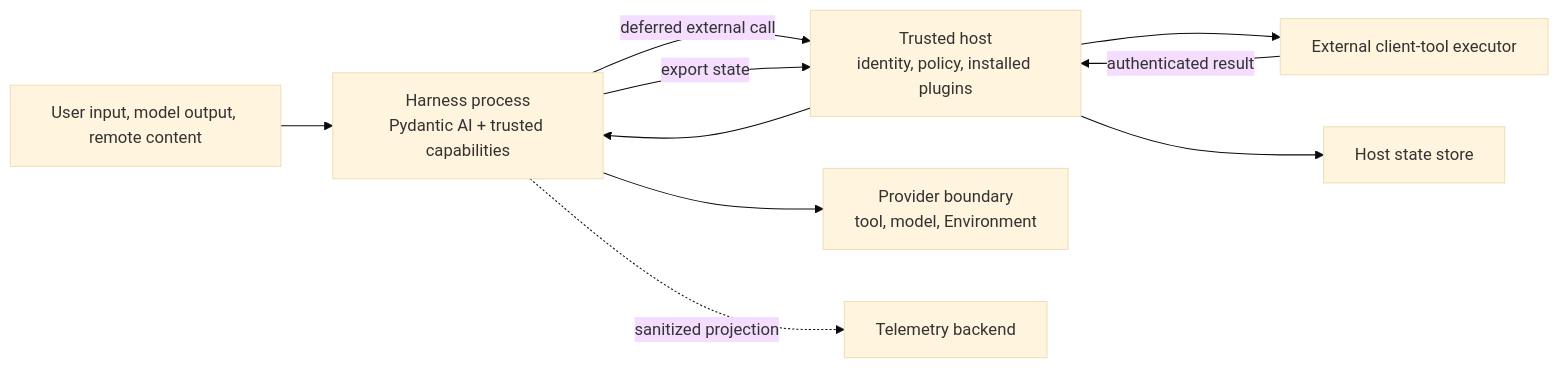
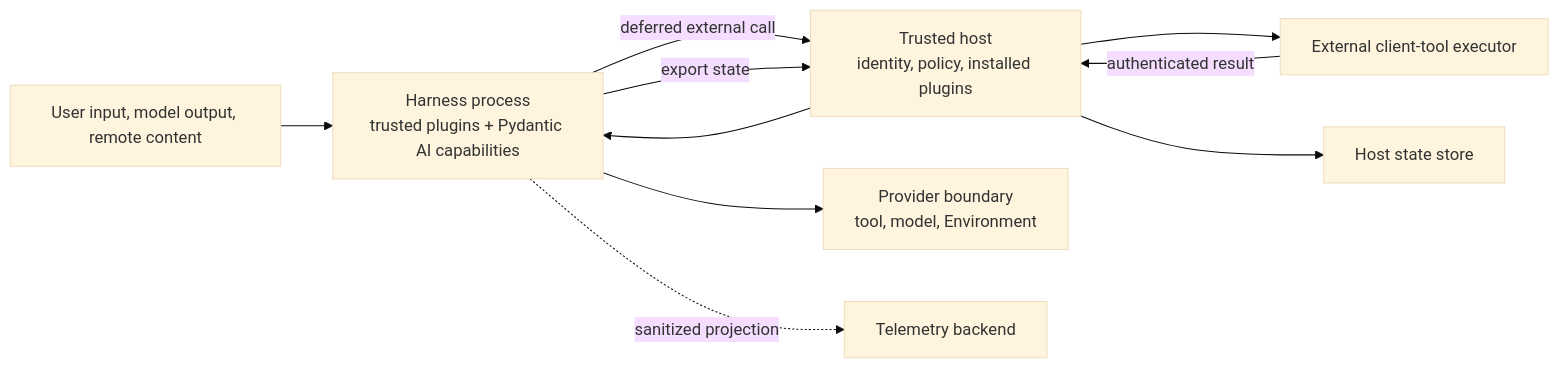
The diagram in spec/agent-harness/15-security-compatibility-and-tradeoffs.md (LTThreeComma/agent-foundation), drawn with Mermaid (base theme) before and after one commit. The commit also changed other lines of this file and 21 other files, not shown here.

````diff
--- a/spec/agent-harness/15-security-compatibility-and-tradeoffs.md
+++ b/spec/agent-harness/15-security-compatibility-and-tradeoffs.md
@@ -11,19 +11,19 @@
 ```mermaid
 flowchart LR
     Untrusted[User input, model output, remote content]
     Host[Trusted host<br/>identity, policy, installed plugins]
-    Harness[Harness process<br/>Pydantic AI + trusted capabilities]
+    Harness[Harness process<br/>trusted plugins + Pydantic AI capabilities]
     Provider[Provider boundary<br/>tool, model, Environment]
     Client[External client-tool executor]
     State[Host state store]
     Telemetry[Telemetry backend]
 
     Host --> Harness
     Untrusted --> Harness
     Harness --> Provider
     Harness -->|deferred external call| Host --> Client
     Client -->|authenticated result| Host
     Harness -->|export state| Host
     Host --> State
     Harness -. sanitized projection .-> Telemetry
 ```
````
